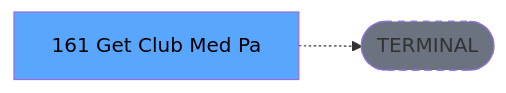
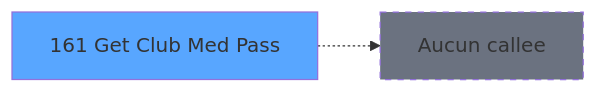
The third of 3 diagrams in .openspec/specs/ADH-IDE-161.md (thonyAGP/lecteur-magic), drawn with Mermaid before and after one commit. The commit also changed other lines of this file and 96 other files, not shown here.

````diff
--- a/.openspec/specs/ADH-IDE-161.md
+++ b/.openspec/specs/ADH-IDE-161.md
@@ -134,8 +161,8 @@
 ```mermaid
 graph LR
-    T[161 Get Club Med Pa]
-    TERM([TERMINAL])
-    T -.-> TERM
-    style TERM fill:#6b7280,stroke-dasharray: 5 5
-    style T fill:#58a6ff,color:#000
+    T161[161 Get Club Med Pass]
+    style T161 fill:#58a6ff
+    NONE[Aucun callee]
+    T161 -.-> NONE
+    style NONE fill:#6b7280,stroke-dasharray: 5 5
 ```
````
